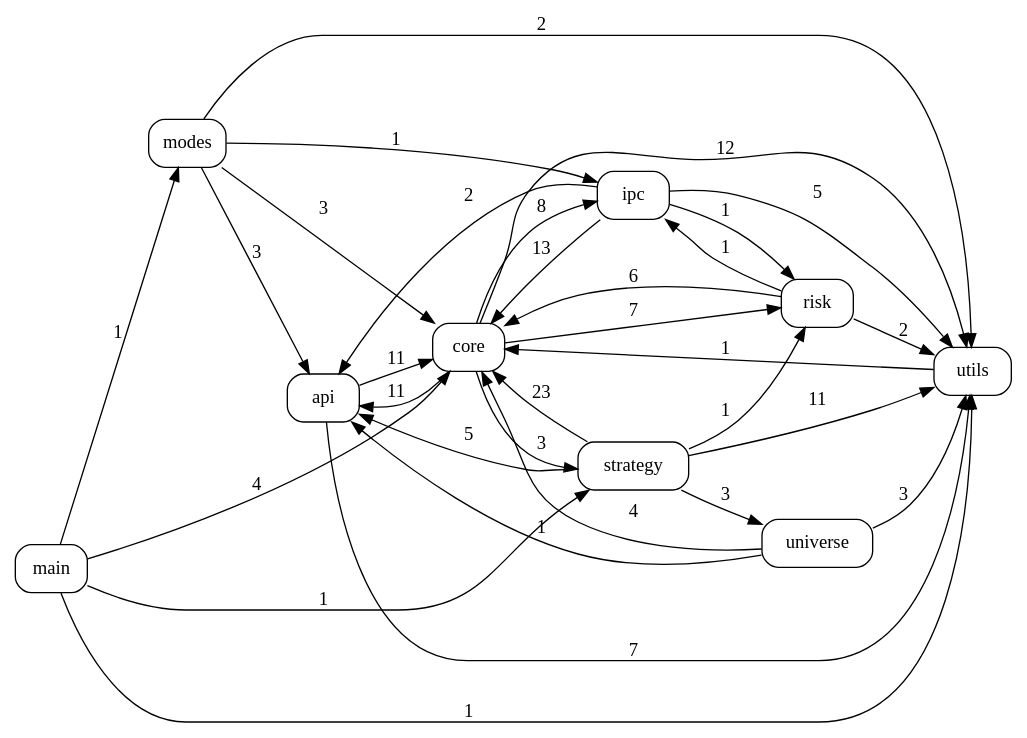
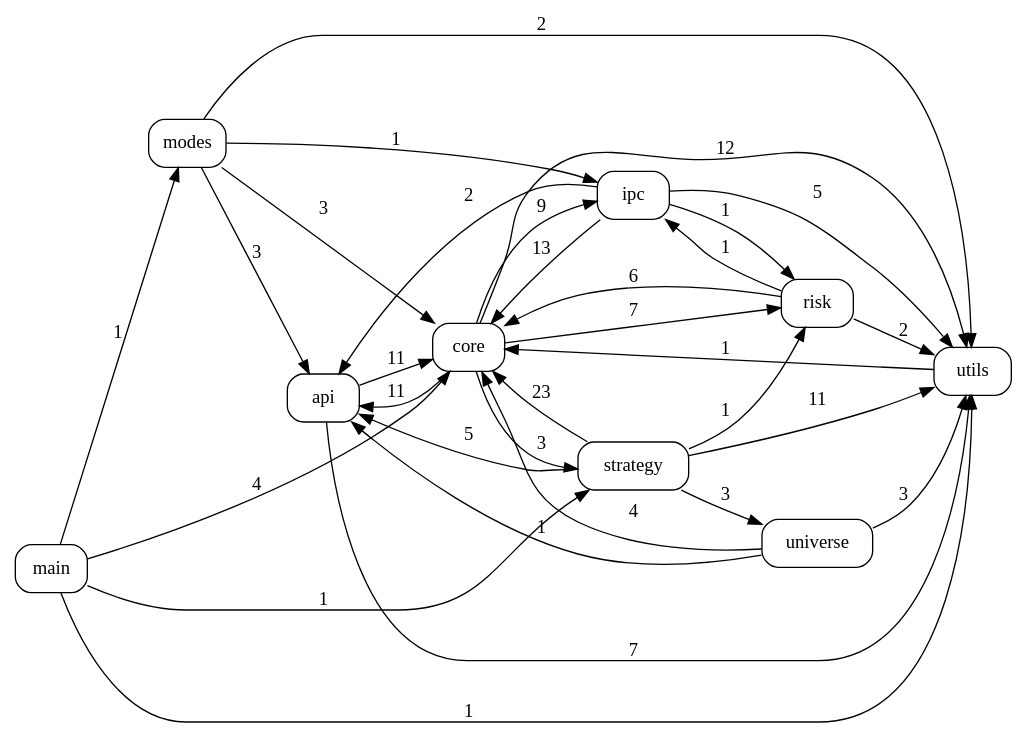
The diagram in docs/code_graph.dot (pypy8171/Quant), drawn with Graphviz before and after one commit. The commit also changed 8 other files, not shown here.

```diff
--- a/docs/code_graph.dot
+++ b/docs/code_graph.dot
@@ -1,44 +1,44 @@
 digraph code_graph {
   rankdir=LR;
   node [shape=box, style=rounded, fontname="Consolas"];
   "api";
   "core";
   "ipc";
   "main";
   "modes";
   "risk";
   "strategy";
   "universe";
   "utils";
   "api" -> "core" [label="11"];
   "api" -> "utils" [label="7"];
   "core" -> "api" [label="11"];
-  "core" -> "ipc" [label="8"];
+  "core" -> "ipc" [label="9"];
   "core" -> "risk" [label="7"];
   "core" -> "strategy" [label="3"];
   "core" -> "utils" [label="12"];
   "ipc" -> "api" [label="2"];
   "ipc" -> "core" [label="13"];
   "ipc" -> "risk" [label="1"];
   "ipc" -> "utils" [label="5"];
   "main" -> "core" [label="4"];
   "main" -> "modes" [label="1"];
   "main" -> "strategy" [label="1"];
   "main" -> "utils" [label="1"];
   "modes" -> "api" [label="3"];
   "modes" -> "core" [label="3"];
   "modes" -> "ipc" [label="1"];
   "modes" -> "utils" [label="2"];
   "risk" -> "core" [label="6"];
   "risk" -> "ipc" [label="1"];
   "risk" -> "utils" [label="2"];
   "strategy" -> "api" [label="5"];
   "strategy" -> "core" [label="23"];
   "strategy" -> "risk" [label="1"];
   "strategy" -> "universe" [label="3"];
   "strategy" -> "utils" [label="11"];
   "universe" -> "api" [label="1"];
   "universe" -> "core" [label="4"];
   "universe" -> "utils" [label="3"];
   "utils" -> "core" [label="1"];
 }
```
